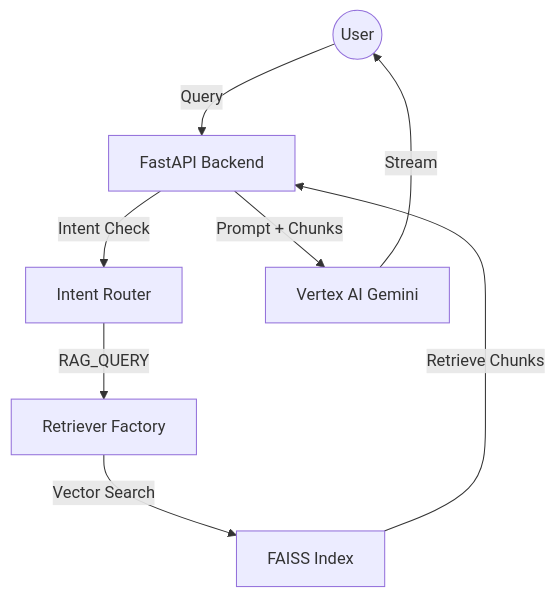
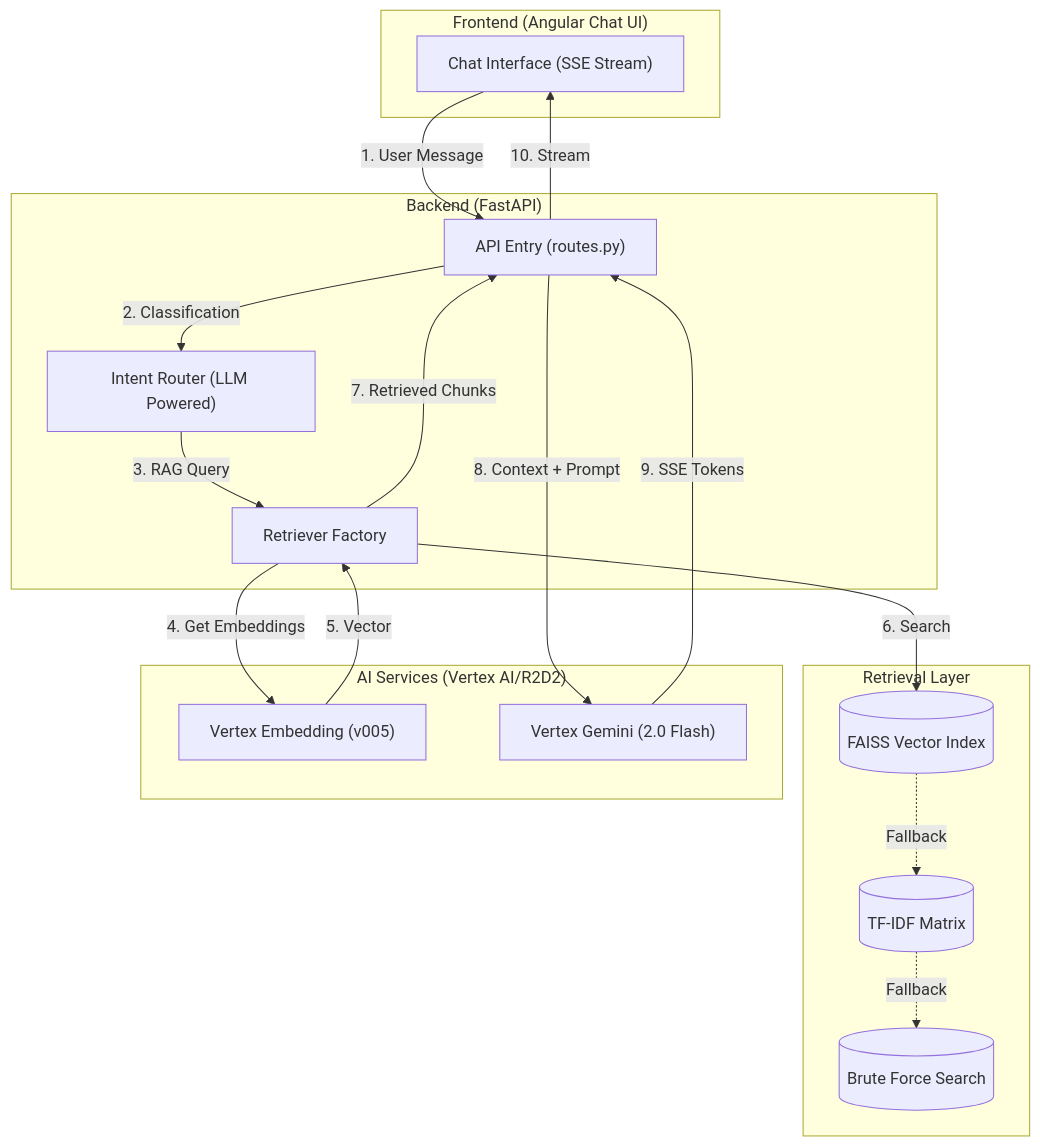
The diagram in TECHNICAL_WALKTHROUGH.md (sana-work/rag-poc), drawn with Mermaid before and after one commit. The commit also changed other lines of this file and 1 other file, not shown here.

````diff
--- a/TECHNICAL_WALKTHROUGH.md
+++ b/TECHNICAL_WALKTHROUGH.md
@@ -33,10 +15,37 @@
 ```mermaid
-graph TD
-    User((User)) -->|Query| API[FastAPI Backend]
-    API -->|Intent Check| IR[Intent Router]
-    IR -->|RAG_QUERY| RET[Retriever Factory]
-    RET -->|Vector Search| FAISS[FAISS Index]
-    FAISS -->|Retrieve Chunks| API
-    API -->|Prompt + Chunks| LLM[Vertex AI Gemini]
-    LLM -->|Stream| User
+graph TB
+    subgraph "Frontend (Angular Chat UI)"
+        UI["Chat Interface (SSE Stream)"]
+    end
+
+    subgraph "Backend (FastAPI)"
+        API["API Entry (routes.py)"]
+        IR["Intent Router (LLM Powered)"]
+        RT["Retriever Factory"]
+    end
+
+    subgraph "Retrieval Layer"
+        FSS[("FAISS Vector Index")]
+        TFD[("TF-IDF Matrix")]
+        BRT[("Brute Force Search")]
+    end
+
+    subgraph "AI Services (Vertex AI/R2D2)"
+        EMB["Vertex Embedding (v005)"]
+        GEN["Vertex Gemini (2.0 Flash)"]
+    end
+
+    %% Request Flow
+    UI -->|1. User Message| API
+    API -->|2. Classification| IR
+    IR -->|3. RAG Query| RT
+    RT -->|4. Get Embeddings| EMB
+    EMB -->|5. Vector| RT
+    RT -->|6. Search| FSS
+    FSS -.->|Fallback| TFD
+    TFD -.->|Fallback| BRT
+    RT -->|7. Retrieved Chunks| API
+    API -->|8. Context + Prompt| GEN
+    GEN -->|9. SSE Tokens| API
+    API -->|10. Stream| UI
 ```
````
